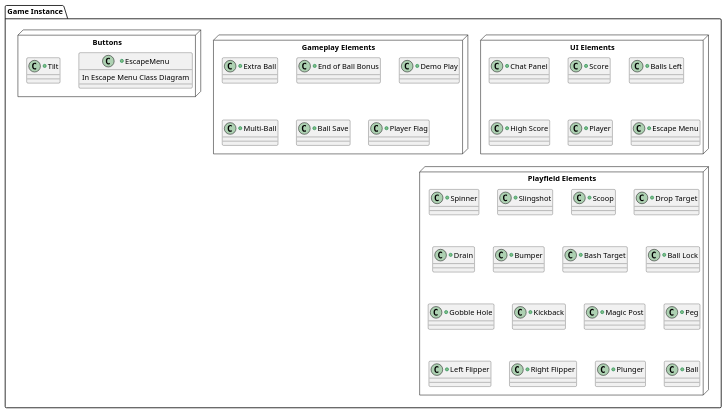
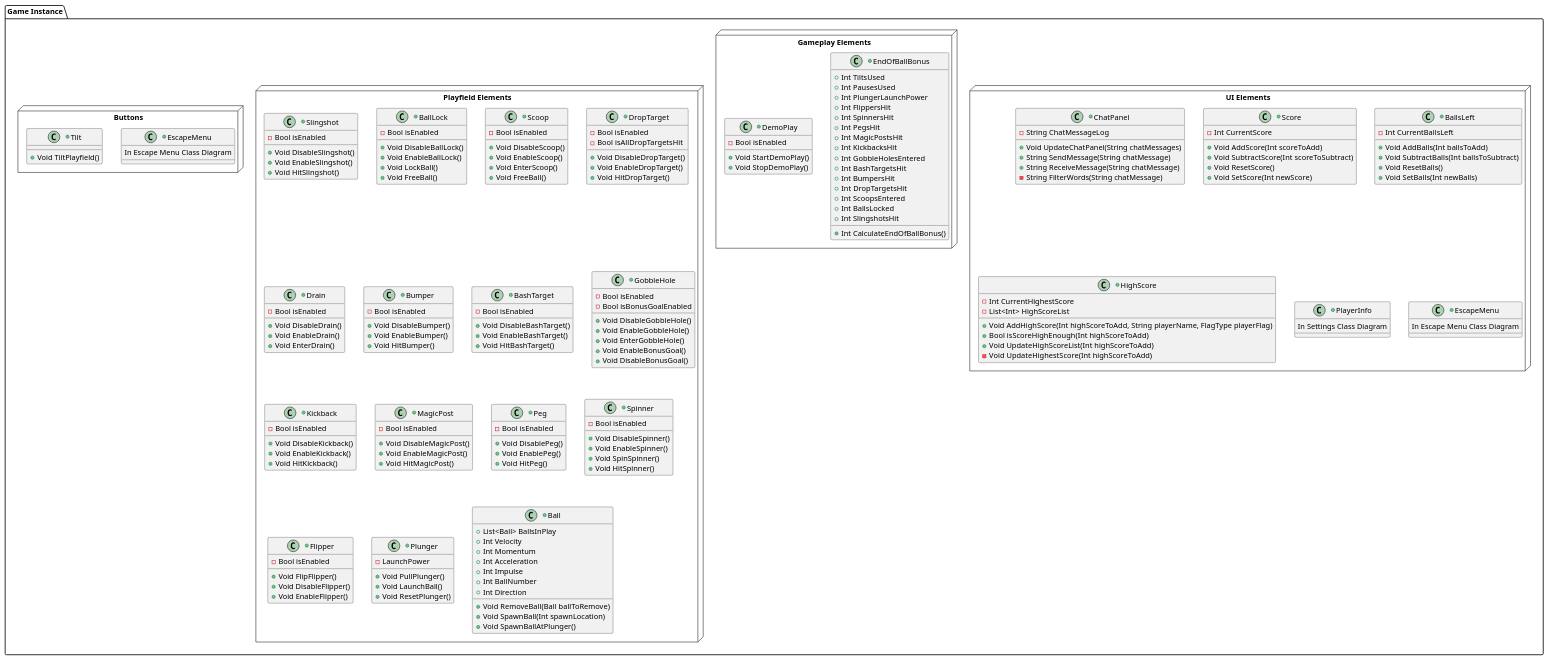
The diagram in Design/GameInstanceClassDiagram/GameInstanceClassDiagram.puml (firsthour777/pinball-flax), drawn with PlantUML before and after one commit. The commit also changed 6 other files, not shown here.

Commit message:
finished initial class diagrams

```diff
--- a/Design/GameInstanceClassDiagram/GameInstanceClassDiagram.puml
+++ b/Design/GameInstanceClassDiagram/GameInstanceClassDiagram.puml
@@ -2,30 +2,49 @@
 
 package "Game Instance" {
 
+    '
+
     node "UI Elements" {
 
-        +Class "Chat Panel" as ChatPanelClass{
-
+        +Class "ChatPanel" as ChatPanelClass{
+            -String ChatMessageLog
+            +Void UpdateChatPanel(String chatMessages)
+            +String SendMessage(String chatMessage)
+            +String ReceiveMessage(String chatMessage)
+            -String FilterWords(String chatMessage)
         }
 
         +Class "Score" as ScoreClass{
-
+            -Int CurrentScore
+            +Void AddScore(Int scoreToAdd)
+            +Void SubtractScore(Int scoreToSubtract)
+            +Void ResetScore()
+            +Void SetScore(Int newScore)
         }
 
-        +Class "Balls Left" as BallsLeftClass{
-
+        +Class "BallsLeft" as BallsLeftClass{
+            -Int CurrentBallsLeft
+            +Void AddBalls(Int ballsToAdd)
+            +Void SubtractBalls(Int ballsToSubtract)
+            +Void ResetBalls()
+            +Void SetBalls(Int newBalls)
         }
 
-        +Class "High Score" as HighScoreClass{
-
+        +Class "HighScore" as HighScoreClass{
+            -Int CurrentHighestScore
+            -List<Int> HighScoreList
+            +Void AddHighScore(Int highScoreToAdd, String playerName, FlagType playerFlag)
+            +Bool isScoreHighEnough(Int highScoreToAdd)
+            +Void UpdateHighScoreList(Int highScoreToAdd)
+            -Void UpdateHighestScore(Int highScoreToAdd)
         }
 
-        +Class "Player" as PlayerClass{
-
+        +Class "PlayerInfo" as PlayerInfoClass{
+            In Settings Class Diagram
         }
 
-        +Class "Escape Menu" as EscapeMenuClass{
-
+        +Class "EscapeMenu" as EscapeMenuClass{
+            In Escape Menu Class Diagram
         }
 
     }
@@ -33,101 +52,194 @@
 
     node "Gameplay Elements" {
 
-        +Class "Extra Ball" as ExtraBallClass{
+
+        +Class "EndOfBallBonus" as EndOfBallBonusClass{
+            
+        
+
+            +Int TiltsUsed
+            +Int PausesUsed
+            +Int PlungerLaunchPower
+            +Int FlippersHit
+            +Int SpinnersHit
+            +Int PegsHit
+            +Int MagicPostsHit
+            +Int KickbacksHit
+            +Int GobbleHolesEntered
+            +Int BashTargetsHit
+            +Int BumpersHit
+            +Int DropTargetsHit
+            +Int ScoopsEntered
+            +Int BallsLocked
+            +Int SlingshotsHit
+
+            +Int CalculateEndOfBallBonus()
 
         }
 
-        +Class "End of Ball Bonus" as EndOfBallBonusClass{
+        +Class "DemoPlay" as DemoPlayClass{
+            -Bool isEnabled
+            +Void StartDemoPlay()
+            +Void StopDemoPlay()
 
         }
 
-        +Class "Demo Play" as DemoPlayClass{
 
-        }
 
-        +Class "Multi-Ball" as MultiBallClass{
-
-        }
-
-        +Class "Ball Save" as BallSaveClass{
-
-        }
-
-        +Class "Player Flag" as PlayerFlagClass{
-
-        }
 
     }
 
     node "Playfield Elements" {
 
-        +Class "Spinner" as SpinnerClass{
+
+
+        +Class "Slingshot" as SlingshotClass{
+            -Bool isEnabled
+            +Void DisableSlingshot()
+            +Void EnableSlingshot()
+            +Void HitSlingshot()
+
+
 
         }
 
-        +Class "Slingshot" as SlingshotClass{
+
+
+
+
+
+        +Class "BallLock" as BallLockClass{
+            -Bool isEnabled
+            +Void DisableBallLock()
+            +Void EnableBallLock()
+            +Void LockBall()
+            +Void FreeBall()
 
         }
 
         +Class "Scoop" as ScoopClass{
+            -Bool isEnabled
+            +Void DisableScoop()
+            +Void EnableScoop()
+            +Void EnterScoop()
+            +Void FreeBall()
 
         }
 
-        +Class "Drop Target" as DropTargetClass{
+        +Class "DropTarget" as DropTargetClass{
+            -Bool isEnabled
+            -Bool isAllDropTargetsHit
+            +Void DisableDropTarget()
+            +Void EnableDropTarget()
+            +Void HitDropTarget()
 
         }
 
         +Class "Drain" as DrainClass{
+            -Bool isEnabled
+            +Void DisableDrain()
+            +Void EnableDrain()
+            +Void EnterDrain()
+        }
+
+        +Class "Bumper" as BumperClass{
+            -Bool isEnabled
+            +Void DisableBumper()
+            +Void EnableBumper()
+            +Void HitBumper()
 
         }
 
-        +Class "Bumper" as BumperClass{
+        +Class "BashTarget" as BashTargetClass{
+            -Bool isEnabled
+            +Void DisableBashTarget()
+            +Void EnableBashTarget()
+            +Void HitBashTarget()
 
         }
 
-        +Class "Bash Target" as BashTargetClass{
 
-        }
 
-        +Class "Ball Lock" as BallLockClass{
+        +Class "GobbleHole" as GobbleHoleClass{
+            -Bool isEnabled
+            -Bool isBonusGoalEnabled
+            +Void DisableGobbleHole()
+            +Void EnableGobbleHole()
+            +Void EnterGobbleHole()
+            +Void EnableBonusGoal()
+            +Void DisableBonusGoal()
 
-        }
 
-        +Class "Gobble Hole" as GobbleHoleClass{
 
         }
 
         +Class "Kickback" as KickbackClass{
+            -Bool isEnabled
+            +Void DisableKickback()
+            +Void EnableKickback()
+            +Void HitKickback()
 
         }
 
-        +Class "Magic Post" as MagicPostClass{
+        +Class "MagicPost" as MagicPostClass{
+            -Bool isEnabled
+            +Void DisableMagicPost()
+            +Void EnableMagicPost()
+            +Void HitMagicPost()
 
         }
 
         +Class "Peg" as PegClass{
+            -Bool isEnabled
+            +Void DisablePeg()
+            +Void EnablePeg()
+            +Void HitPeg()
+
 
         }
 
-        +Class "Left Flipper" as LeftFlipperClass{
-
+        +Class "Spinner" as SpinnerClass{
+            -Bool isEnabled
+            +Void DisableSpinner()
+            +Void EnableSpinner()
+            +Void SpinSpinner()
+            +Void HitSpinner()
         }
 
-        +Class "Right Flipper" as RightFlipperClass{
 
+        +Class "Flipper" as FlipperClass{
+            -Bool isEnabled
+            +Void FlipFlipper()
+            +Void DisableFlipper()
+            +Void EnableFlipper()
         }
 
         +Class "Plunger" as PlungerClass{
+            -LaunchPower
+            +Void PullPlunger()
+            +Void LaunchBall()
+            +Void ResetPlunger()
+
 
         }
 
         +Class "Ball" as BallClass{
+            +List<Ball> BallsInPlay
+            +Int Velocity
+            +Int Momentum
+            +Int Acceleration
+            +Int Impulse
+            +Int BallNumber
+            +Int Direction
+
+            +Void RemoveBall(Ball ballToRemove)
+            +Void SpawnBall(Int spawnLocation)
+            +Void SpawnBallAtPlunger()
+
 
         }
 
-        +Class "Spinner" as SpinnerClass{
 
-        }
 
     }
 
@@ -139,7 +251,7 @@
         }
 
         +Class "Tilt" as TiltClass{
-
+            +Void TiltPlayfield()
         }
 
     }
```
